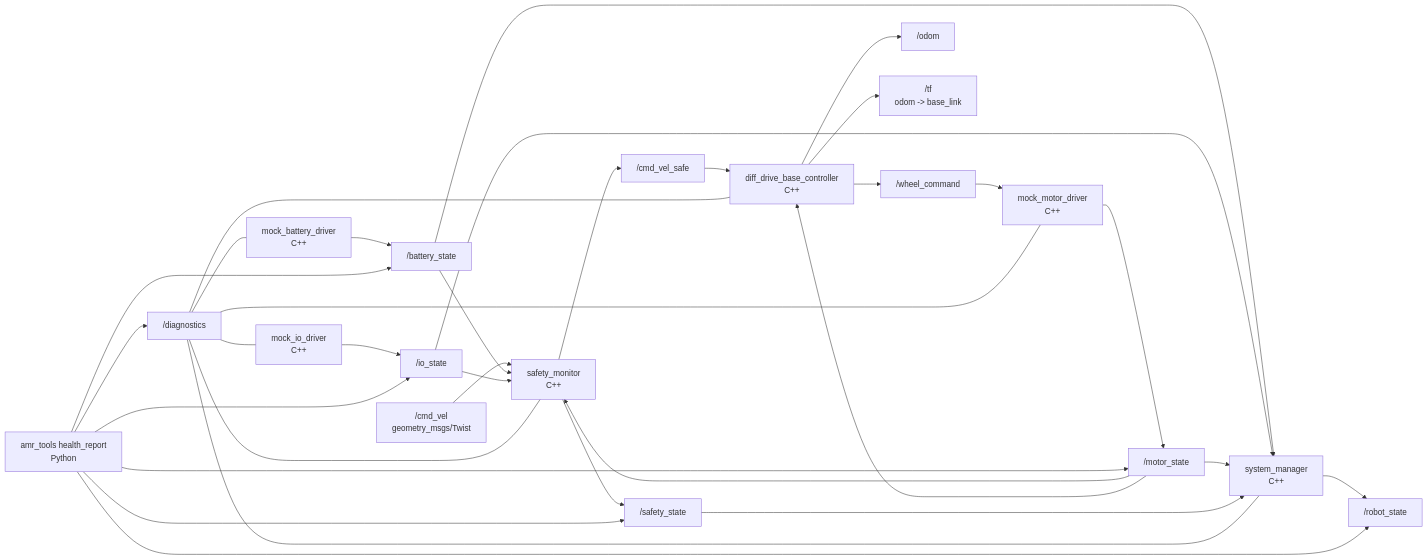
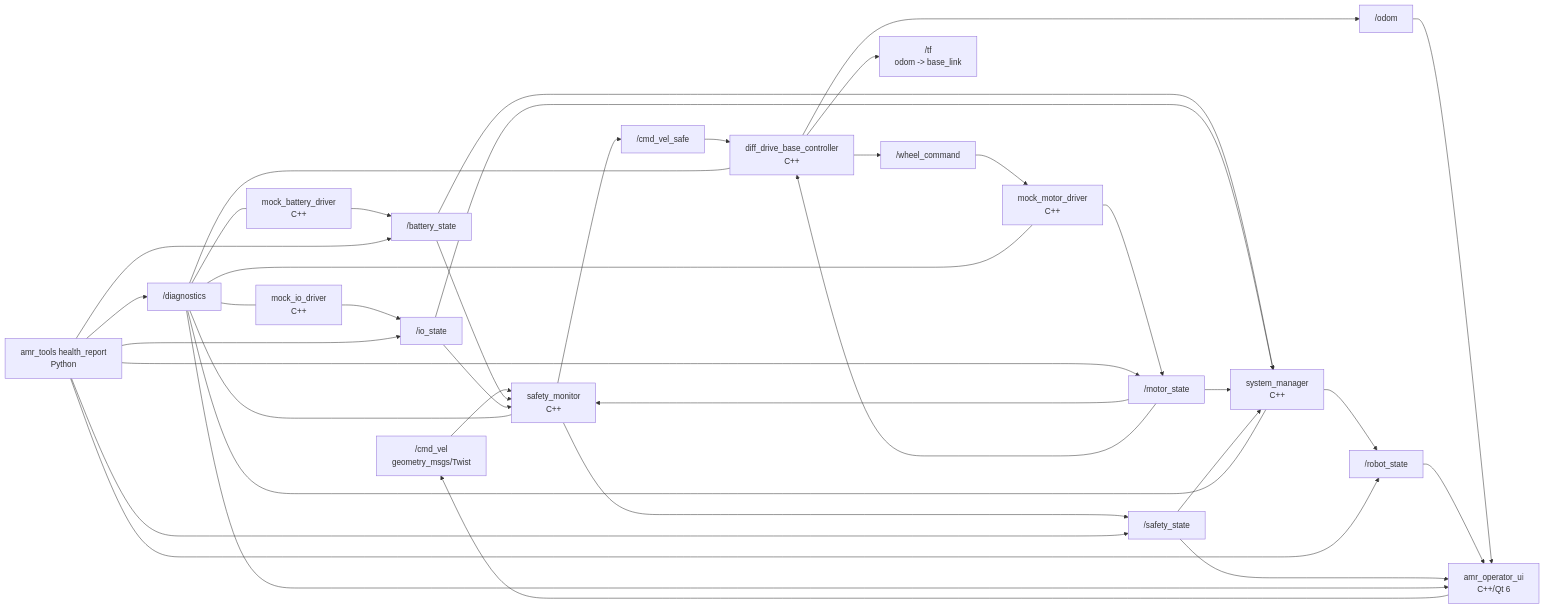
Before and after one commit to bong7233/ROS2_Prac: the diagram in docs/05_code_walkthrough.md, drawn with Mermaid. The commit also changed other lines of this file and 19 other files, not shown here.

````diff
--- a/docs/05_code_walkthrough.md
+++ b/docs/05_code_walkthrough.md
@@ -11,40 +11,46 @@
 ```mermaid
 flowchart LR
     Cmd["/cmd_vel<br/>geometry_msgs/Twist"] --> Safety["safety_monitor<br/>C++"]
     Battery["mock_battery_driver<br/>C++"] --> BatteryTopic["/battery_state"]
     IO["mock_io_driver<br/>C++"] --> IoTopic["/io_state"]
     Motor["mock_motor_driver<br/>C++"] --> MotorTopic["/motor_state"]
 
     BatteryTopic --> Safety
     IoTopic --> Safety
     MotorTopic --> Safety
 
     Safety --> SafeCmd["/cmd_vel_safe"]
     Safety --> SafetyState["/safety_state"]
     SafeCmd --> Base["diff_drive_base_controller<br/>C++"]
     Base --> WheelCmd["/wheel_command"]
     WheelCmd --> Motor
     MotorTopic --> Base
     Base --> Odom["/odom"]
     Base --> TF["/tf<br/>odom -> base_link"]
 
     BatteryTopic --> System["system_manager<br/>C++"]
     IoTopic --> System
     MotorTopic --> System
     SafetyState --> System
     System --> RobotState["/robot_state"]
 
+    UI["amr_operator_ui<br/>C++/Qt 6"] --> Cmd
+    Odom --> UI
+    RobotState --> UI
+    SafetyState --> UI
+    Diagnostics --> UI
+
     Diagnostics["/diagnostics"] --- Battery
     Diagnostics --- IO
     Diagnostics --- Motor
     Diagnostics --- Safety
     Diagnostics --- Base
     Diagnostics --- System
 
     Tools["amr_tools health_report<br/>Python"] --> BatteryTopic
     Tools --> IoTopic
     Tools --> MotorTopic
     Tools --> SafetyState
     Tools --> RobotState
     Tools --> Diagnostics
 ```
````
